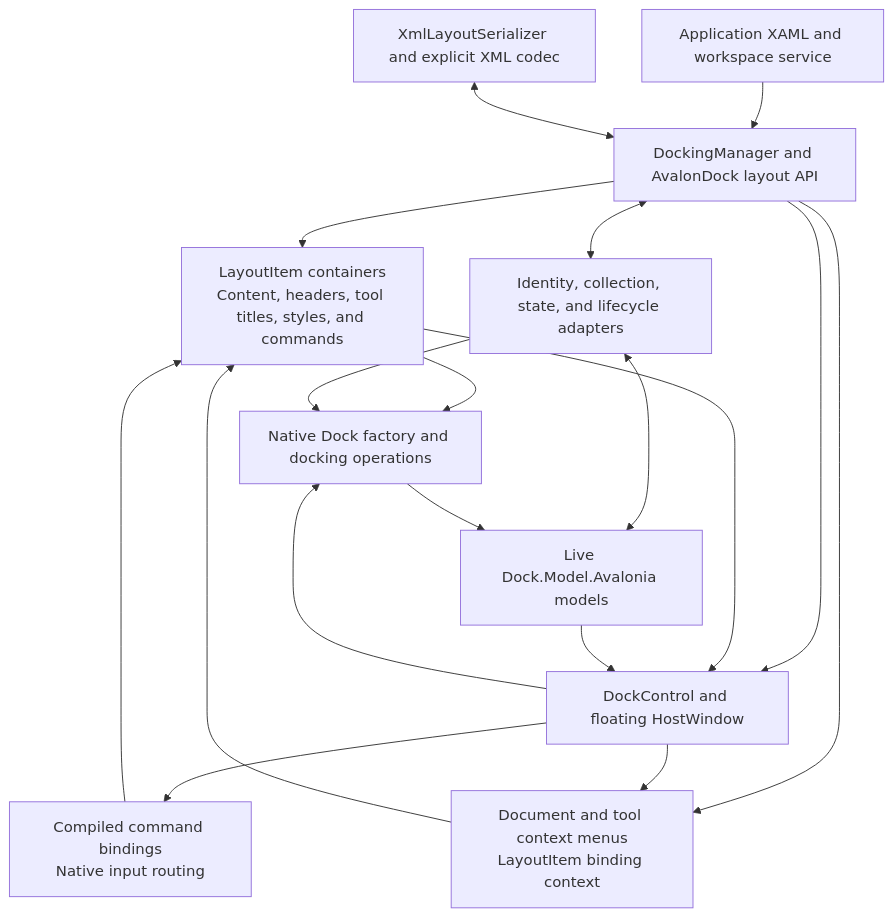
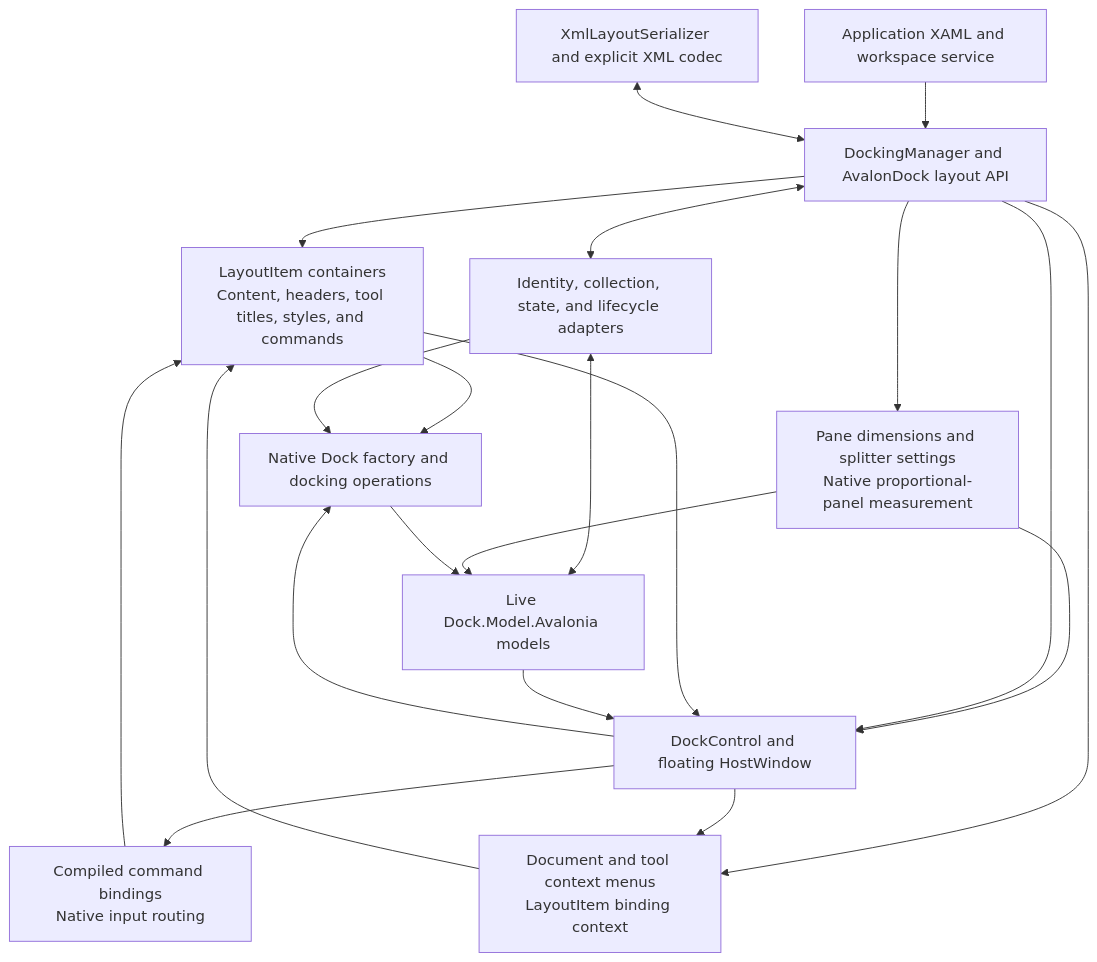
Before and after one commit to wieslawsoltes/Dock: the diagram in src/Dock.Avalonia.AvalonDock/AVALONDOCK.md, drawn with Mermaid. The commit also changed other lines of this file and 21 other files, not shown here.

Commit message:
Apply AvalonDock pane and splitter sizes in native panels

````diff
--- a/src/Dock.Avalonia.AvalonDock/AVALONDOCK.md
+++ b/src/Dock.Avalonia.AvalonDock/AVALONDOCK.md
@@ -217,30 +234,34 @@
 ```mermaid
 flowchart TB
     App["Application XAML and workspace service"]
     Api["DockingManager and AvalonDock layout API"]
     Items["LayoutItem containers<br/>Content, headers, tool titles, styles, and commands"]
     Commands["Compiled command bindings<br/>Native input routing"]
     Menus["Document and tool context menus<br/>LayoutItem binding context"]
     Bridge["Identity, collection, state, and lifecycle adapters"]
+    Sizing["Pane dimensions and splitter settings<br/>Native proportional-panel measurement"]
     Models["Live Dock.Model.Avalonia models"]
     Factory["Native Dock factory and docking operations"]
     View["DockControl and floating HostWindow"]
     Xml["XmlLayoutSerializer and explicit XML codec"]
     App --> Api
     Api --> Items
     Items --> Factory
     Api <--> Bridge
     Bridge <--> Models
+    Api --> Sizing
+    Sizing --> Models
+    Sizing --> View
     Bridge --> Factory
     Factory --> Models
     Api --> View
     Items --> View
     View --> Commands
     Commands --> Items
     Api --> Menus
     View --> Menus
     Menus --> Items
     Models --> View
     View --> Factory
     Xml <--> Api
 ```
````
